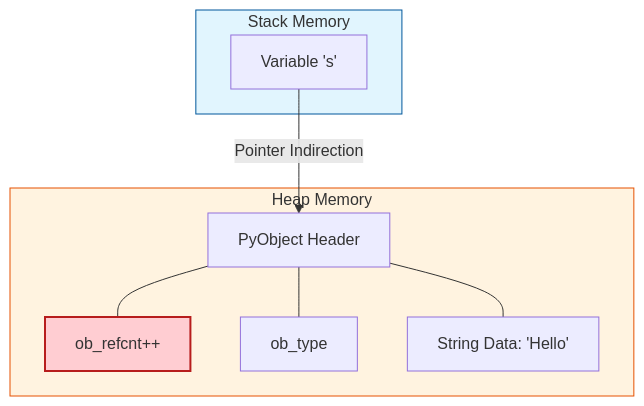
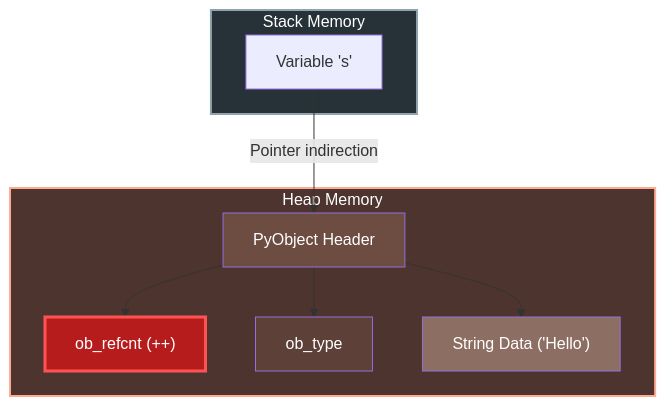
Before and after one commit to abhishekshree/microbench: the second of 4 diagrams in README.md, drawn with Mermaid. The commit also changed other lines of this file, not shown here.

````diff
--- a/README.md
+++ b/README.md
@@ -40,23 +41,26 @@
 ```mermaid
 graph TD
-    subgraph STACK [Stack Memory]
-        var_s[Variable 's']
+    subgraph STACK["Stack Memory"]
+        var_s["Variable 's'"]
     end
 
-    subgraph HEAP [Heap Memory]
-        pyobj[PyObject Header]
-        refcnt[ob_refcnt++]
-        type[ob_type]
-        data[String Data: 'Hello']
-        
-        pyobj --- refcnt
-        pyobj --- type
-        pyobj --- data
+    subgraph HEAP["Heap Memory"]
+        pyobj["PyObject Header"]
+        refcnt["ob_refcnt (++)"]
+        typeinfo["ob_type"]
+        data["String Data ('Hello')"]
+
+        pyobj --> refcnt
+        pyobj --> typeinfo
+        pyobj --> data
     end
-    
-    var_s -->|Pointer Indirection| pyobj
-    
-    style STACK fill:#e1f5fe,stroke:#01579b
-    style HEAP fill:#fff3e0,stroke:#e65100
-    style refcnt fill:#ffcdd2,stroke:#b71c1c,stroke-width:2px
+
+    var_s -->|Pointer indirection| pyobj
+
+    style STACK fill:#263238,color:#ffffff,stroke:#90a4ae,stroke-width:2px
+    style HEAP fill:#4e342e,color:#ffffff,stroke:#ffab91,stroke-width:2px
+    style pyobj fill:#6d4c41,color:#ffffff
+    style typeinfo fill:#5d4037,color:#ffffff
+    style data fill:#8d6e63,color:#ffffff
+    style refcnt fill:#b71c1c,color:#ffffff,stroke:#ff5252,stroke-width:3px
 ```
````
